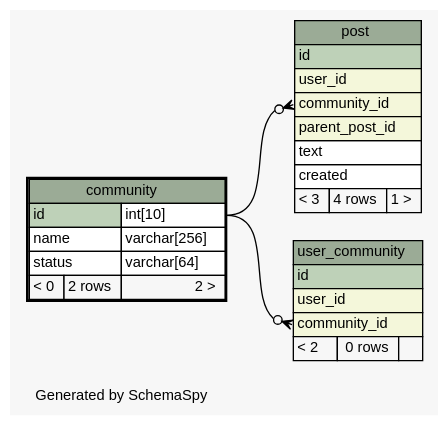
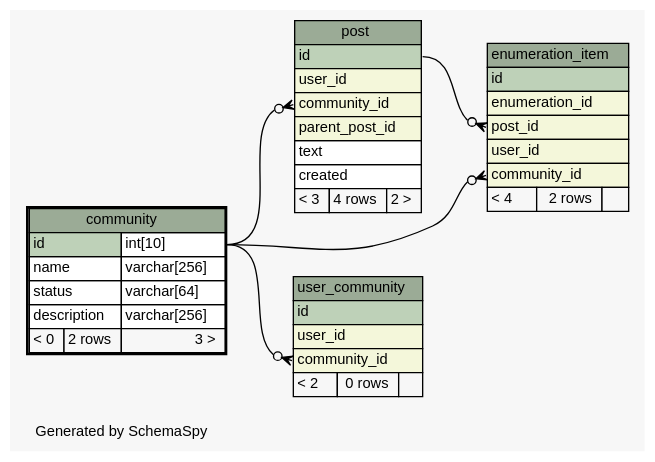
One commit to chr-krenn/chr-krenn-fhj-ws2017-sd17-pse changed the diagram in doc/db_schema/diagrams/community.1degree.dot. Above: the diagram before and after it, drawn with Graphviz. The commit also changed 60 other files, not shown here.

```diff
--- a/doc/db_schema/diagrams/community.1degree.dot
+++ b/doc/db_schema/diagrams/community.1degree.dot
@@ -1,63 +1,80 @@
 // dot 2.40.1 on Linux 4.12.5-300.fc26.x86_64
 // SchemaSpy rev 590
 digraph "oneDegreeRelationshipsDiagram" {
   graph [
     rankdir="RL"
     bgcolor="#f7f7f7"
     label="\nGenerated by SchemaSpy"
     labeljust="l"
     nodesep="0.18"
     ranksep="0.46"
     fontname="Helvetica"
     fontsize="11"
   ];
   node [
     fontname="Helvetica"
     fontsize="11"
     shape="plaintext"
   ];
   edge [
     arrowsize="0.8"
   ];
+  "enumeration_item":"community_id":w -> "community":"id.type":e [arrowhead=none dir=back arrowtail=crowodot];
+  "enumeration_item":"post_id":w -> "post":"id":e [arrowhead=none dir=back arrowtail=crowodot];
   "post":"community_id":w -> "community":"id.type":e [arrowhead=none dir=back arrowtail=crowodot];
   "user_community":"community_id":w -> "community":"id.type":e [arrowhead=none dir=back arrowtail=crowodot];
   "community" [
     label=<
     <TABLE BORDER="2" CELLBORDER="1" CELLSPACING="0" BGCOLOR="#ffffff">
       <TR><TD COLSPAN="3" BGCOLOR="#9bab96" ALIGN="CENTER">community</TD></TR>
       <TR><TD PORT="id" COLSPAN="2" BGCOLOR="#bed1b8" ALIGN="LEFT">id</TD><TD PORT="id.type" ALIGN="LEFT">int[10]</TD></TR>
       <TR><TD PORT="name" COLSPAN="2" ALIGN="LEFT">name</TD><TD PORT="name.type" ALIGN="LEFT">varchar[256]</TD></TR>
       <TR><TD PORT="status" COLSPAN="2" ALIGN="LEFT">status</TD><TD PORT="status.type" ALIGN="LEFT">varchar[64]</TD></TR>
-      <TR><TD ALIGN="LEFT" BGCOLOR="#f7f7f7">&lt; 0</TD><TD ALIGN="RIGHT" BGCOLOR="#f7f7f7">2 rows</TD><TD ALIGN="RIGHT" BGCOLOR="#f7f7f7">2 &gt;</TD></TR>
+      <TR><TD PORT="description" COLSPAN="2" ALIGN="LEFT">description</TD><TD PORT="description.type" ALIGN="LEFT">varchar[256]</TD></TR>
+      <TR><TD ALIGN="LEFT" BGCOLOR="#f7f7f7">&lt; 0</TD><TD ALIGN="RIGHT" BGCOLOR="#f7f7f7">2 rows</TD><TD ALIGN="RIGHT" BGCOLOR="#f7f7f7">3 &gt;</TD></TR>
     </TABLE>>
     URL="community.html"
     tooltip="community"
+  ];
+  "enumeration_item" [
+    label=<
+    <TABLE BORDER="0" CELLBORDER="1" CELLSPACING="0" BGCOLOR="#ffffff">
+      <TR><TD COLSPAN="3" BGCOLOR="#9bab96" ALIGN="CENTER">enumeration_item</TD></TR>
+      <TR><TD PORT="id" COLSPAN="3" BGCOLOR="#bed1b8" ALIGN="LEFT">id</TD></TR>
+      <TR><TD PORT="enumeration_id" COLSPAN="3" BGCOLOR="#f4f7da" ALIGN="LEFT">enumeration_id</TD></TR>
+      <TR><TD PORT="post_id" COLSPAN="3" BGCOLOR="#f4f7da" ALIGN="LEFT">post_id</TD></TR>
+      <TR><TD PORT="user_id" COLSPAN="3" BGCOLOR="#f4f7da" ALIGN="LEFT">user_id</TD></TR>
+      <TR><TD PORT="community_id" COLSPAN="3" BGCOLOR="#f4f7da" ALIGN="LEFT">community_id</TD></TR>
+      <TR><TD ALIGN="LEFT" BGCOLOR="#f7f7f7">&lt; 4</TD><TD ALIGN="RIGHT" BGCOLOR="#f7f7f7">2 rows</TD><TD ALIGN="RIGHT" BGCOLOR="#f7f7f7">  </TD></TR>
+    </TABLE>>
+    URL="enumeration_item.html"
+    tooltip="enumeration_item"
   ];
   "post" [
     label=<
     <TABLE BORDER="0" CELLBORDER="1" CELLSPACING="0" BGCOLOR="#ffffff">
       <TR><TD COLSPAN="3" BGCOLOR="#9bab96" ALIGN="CENTER">post</TD></TR>
       <TR><TD PORT="id" COLSPAN="3" BGCOLOR="#bed1b8" ALIGN="LEFT">id</TD></TR>
       <TR><TD PORT="user_id" COLSPAN="3" BGCOLOR="#f4f7da" ALIGN="LEFT">user_id</TD></TR>
       <TR><TD PORT="community_id" COLSPAN="3" BGCOLOR="#f4f7da" ALIGN="LEFT">community_id</TD></TR>
       <TR><TD PORT="parent_post_id" COLSPAN="3" BGCOLOR="#f4f7da" ALIGN="LEFT">parent_post_id</TD></TR>
       <TR><TD PORT="text" COLSPAN="3" ALIGN="LEFT">text</TD></TR>
       <TR><TD PORT="created" COLSPAN="3" ALIGN="LEFT">created</TD></TR>
-      <TR><TD ALIGN="LEFT" BGCOLOR="#f7f7f7">&lt; 3</TD><TD ALIGN="RIGHT" BGCOLOR="#f7f7f7">4 rows</TD><TD ALIGN="RIGHT" BGCOLOR="#f7f7f7">1 &gt;</TD></TR>
+      <TR><TD ALIGN="LEFT" BGCOLOR="#f7f7f7">&lt; 3</TD><TD ALIGN="RIGHT" BGCOLOR="#f7f7f7">4 rows</TD><TD ALIGN="RIGHT" BGCOLOR="#f7f7f7">2 &gt;</TD></TR>
     </TABLE>>
     URL="post.html"
     tooltip="post"
   ];
   "user_community" [
     label=<
     <TABLE BORDER="0" CELLBORDER="1" CELLSPACING="0" BGCOLOR="#ffffff">
       <TR><TD COLSPAN="3" BGCOLOR="#9bab96" ALIGN="CENTER">user_community</TD></TR>
       <TR><TD PORT="id" COLSPAN="3" BGCOLOR="#bed1b8" ALIGN="LEFT">id</TD></TR>
       <TR><TD PORT="user_id" COLSPAN="3" BGCOLOR="#f4f7da" ALIGN="LEFT">user_id</TD></TR>
       <TR><TD PORT="community_id" COLSPAN="3" BGCOLOR="#f4f7da" ALIGN="LEFT">community_id</TD></TR>
       <TR><TD ALIGN="LEFT" BGCOLOR="#f7f7f7">&lt; 2</TD><TD ALIGN="RIGHT" BGCOLOR="#f7f7f7">0 rows</TD><TD ALIGN="RIGHT" BGCOLOR="#f7f7f7">  </TD></TR>
     </TABLE>>
     URL="user_community.html"
     tooltip="user_community"
   ];
 }
```
